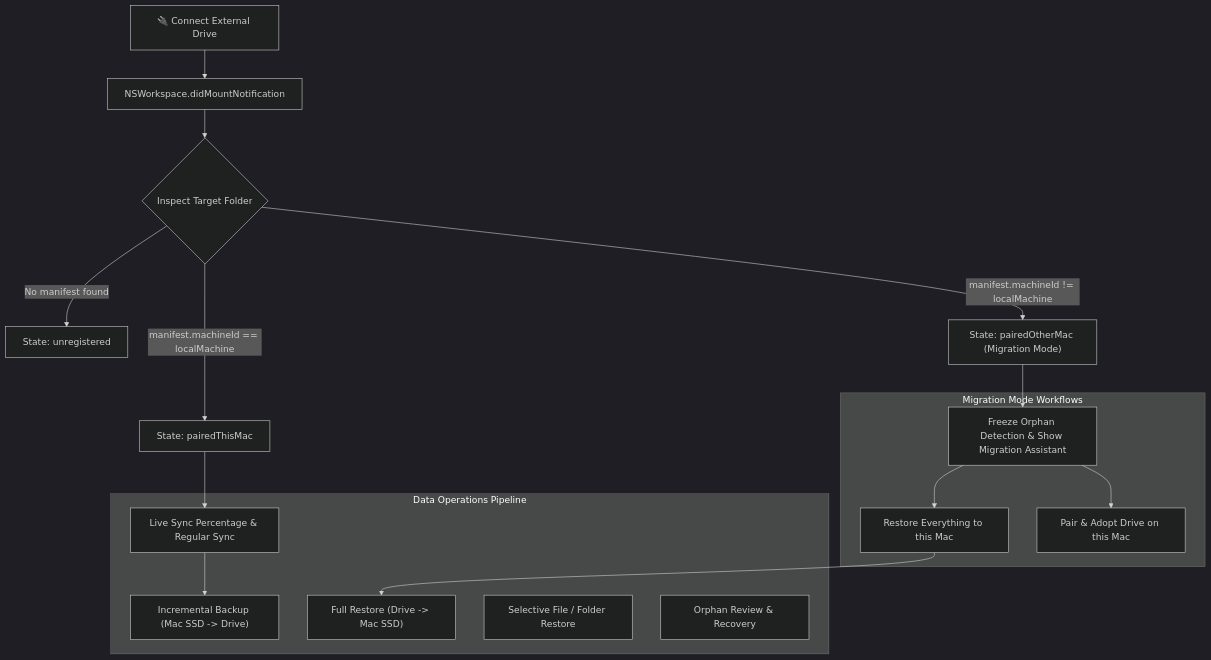
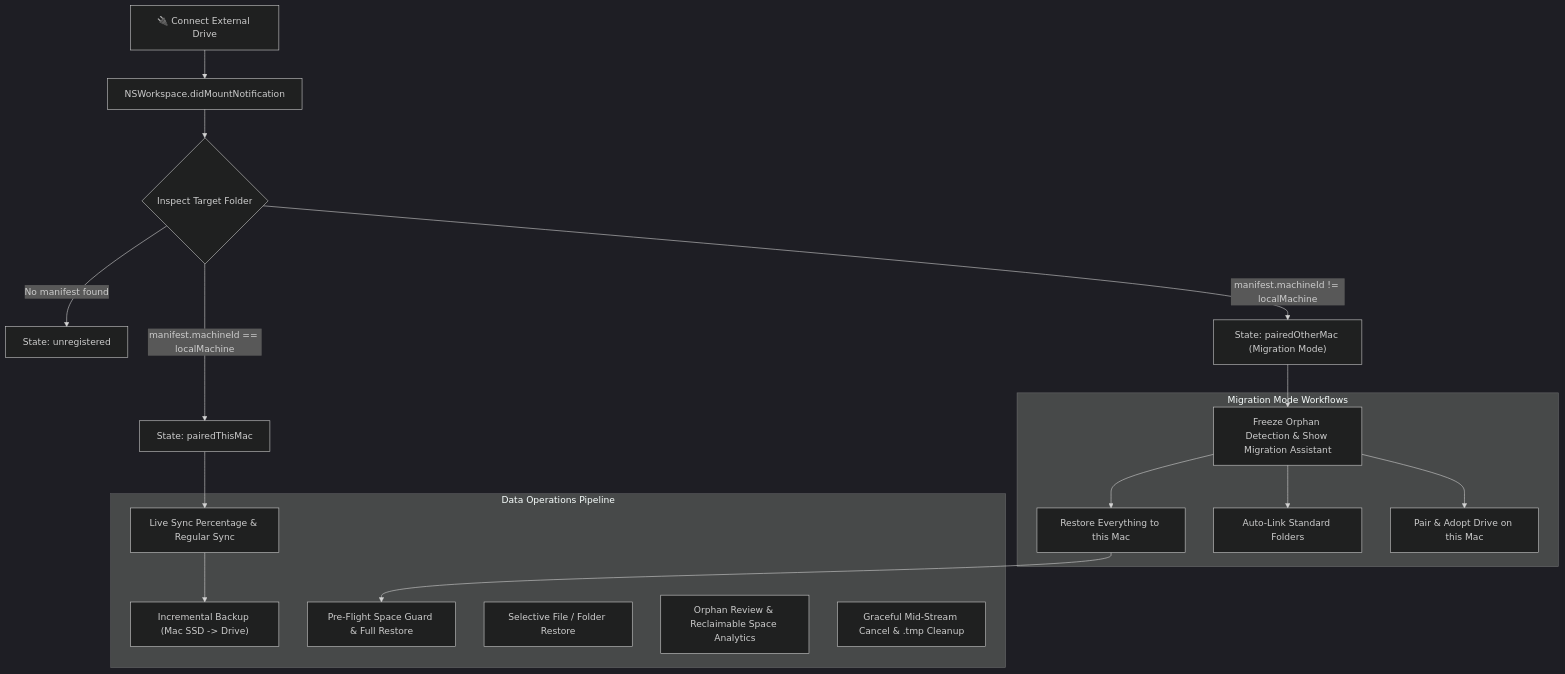
One commit to rituparnaprof/macbackup changed the diagram in ARCHITECTURE.md. Above: the diagram before and after it, drawn with Mermaid (dark theme). The commit also changed other lines of this file and 5 other files, not shown here.

First line of the commit message:
feat(v2.0): storage analytics, live transfer metrics, cancellation, and migration auto-relinker

````diff
--- a/ARCHITECTURE.md
+++ b/ARCHITECTURE.md
@@ -9,23 +9,25 @@
 ```mermaid
 flowchart TD
     A["🔌 Connect External Drive"] --> B["NSWorkspace.didMountNotification"]
     B --> C{"Inspect Target Folder"}
     C -- "No manifest found" --> D["State: unregistered"]
     C -- "manifest.machineId == localMachine" --> E["State: pairedThisMac"]
     C -- "manifest.machineId != localMachine" --> F["State: pairedOtherMac (Migration Mode)"]
     
     E --> G["Live Sync Percentage & Regular Sync"]
     F --> H["Freeze Orphan Detection & Show Migration Assistant"]
     
     subgraph MigrationAssistant ["Migration Mode Workflows"]
         H --> H1["Restore Everything to this Mac"]
-        H --> H2["Pair & Adopt Drive on this Mac"]
+        H --> H2["Auto-Link Standard Folders"]
+        H --> H3["Pair & Adopt Drive on this Mac"]
     end
     
     subgraph DataOperations ["Data Operations Pipeline"]
         G --> OP1["Incremental Backup (Mac SSD -> Drive)"]
-        H1 --> OP2["Full Restore (Drive -> Mac SSD)"]
+        H1 --> OP2["Pre-Flight Space Guard & Full Restore"]
         OP3["Selective File / Folder Restore"]
-        OP4["Orphan Review & Recovery"]
+        OP4["Orphan Review & Reclaimable Space Analytics"]
+        OP5["Graceful Mid-Stream Cancel & .tmp Cleanup"]
     end
 ```
````
